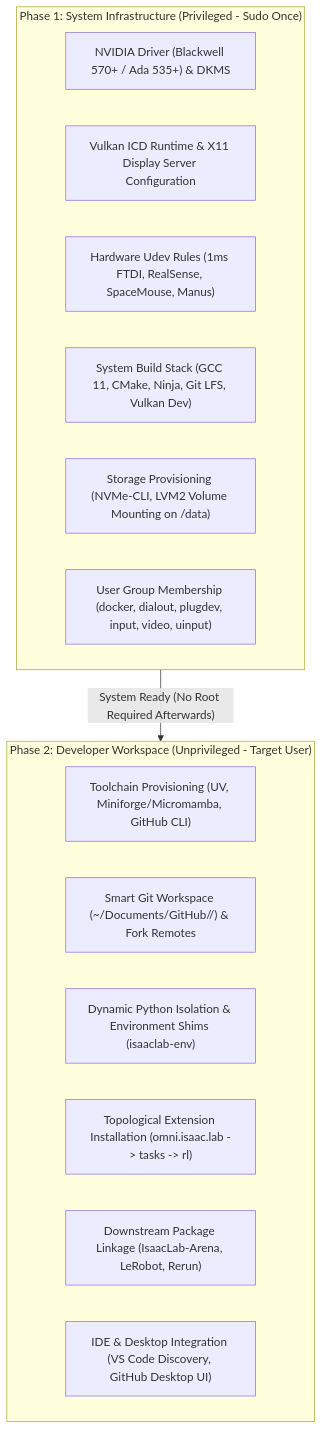
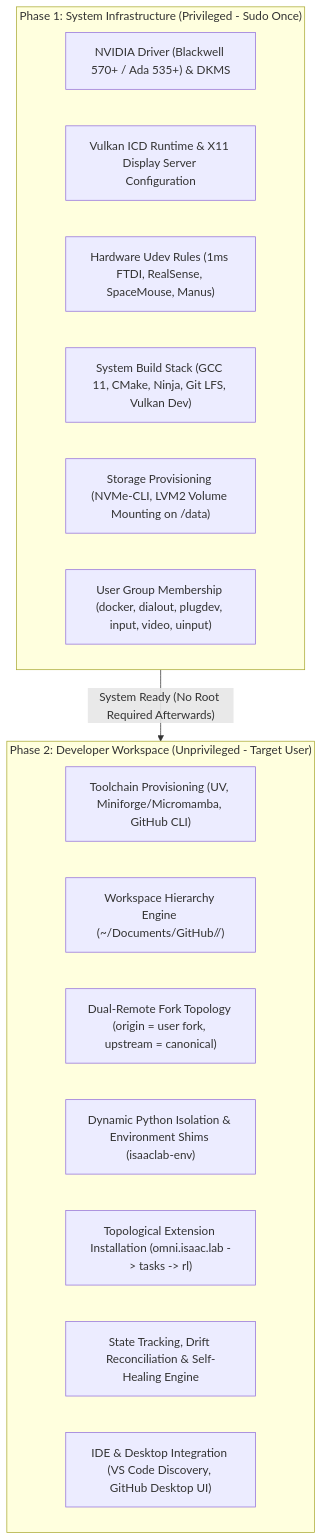
One commit to boredengineering/IsaacAutomator changed the first of 7 diagrams in .agents/references/docs/isaac-install-plan.md. Above: the diagram before and after it, drawn with Mermaid. The commit also changed other lines of this file and 2 other files, not shown here.

Commit message:
docs: add workspace hierarchy, dual-remote forks, and state drift self-healing engine to isaac-install-plan

````diff
--- a/.agents/references/docs/isaac-install-plan.md
+++ b/.agents/references/docs/isaac-install-plan.md
@@ -29,22 +29,23 @@
 ```mermaid
 flowchart TD
     subgraph PHASE1 ["Phase 1: System Infrastructure (Privileged - Sudo Once)"]
         D1["NVIDIA Driver (Blackwell 570+ / Ada 535+) & DKMS"]
         D2["Vulkan ICD Runtime & X11 Display Server Configuration"]
         D3["Hardware Udev Rules (1ms FTDI, RealSense, SpaceMouse, Manus)"]
         D4["System Build Stack (GCC 11, CMake, Ninja, Git LFS, Vulkan Dev)"]
         D5["Storage Provisioning (NVMe-CLI, LVM2 Volume Mounting on /data)"]
         D6["User Group Membership (docker, dialout, plugdev, input, video, uinput)"]
     end
 
     subgraph PHASE2 ["Phase 2: Developer Workspace (Unprivileged - Target User)"]
         U1["Toolchain Provisioning (UV, Miniforge/Micromamba, GitHub CLI)"]
-        U2["Smart Git Workspace (~/Documents/GitHub/<Org>/<Repo>) & Fork Remotes"]
-        U3["Dynamic Python Isolation & Environment Shims (isaaclab-env)"]
-        U4["Topological Extension Installation (omni.isaac.lab -> tasks -> rl)"]
-        U5["Downstream Package Linkage (IsaacLab-Arena, LeRobot, Rerun)"]
-        U6["IDE & Desktop Integration (VS Code Discovery, GitHub Desktop UI)"]
+        U2["Workspace Hierarchy Engine (~/Documents/GitHub/<Owner>/<Repo>)"]
+        U3["Dual-Remote Fork Topology (origin = user fork, upstream = canonical)"]
+        U4["Dynamic Python Isolation & Environment Shims (isaaclab-env)"]
+        U5["Topological Extension Installation (omni.isaac.lab -> tasks -> rl)"]
+        U6["State Tracking, Drift Reconciliation & Self-Healing Engine"]
+        U7["IDE & Desktop Integration (VS Code Discovery, GitHub Desktop UI)"]
     end
 
     PHASE1 -- "System Ready (No Root Required Afterwards)" --> PHASE2
 ```
````
